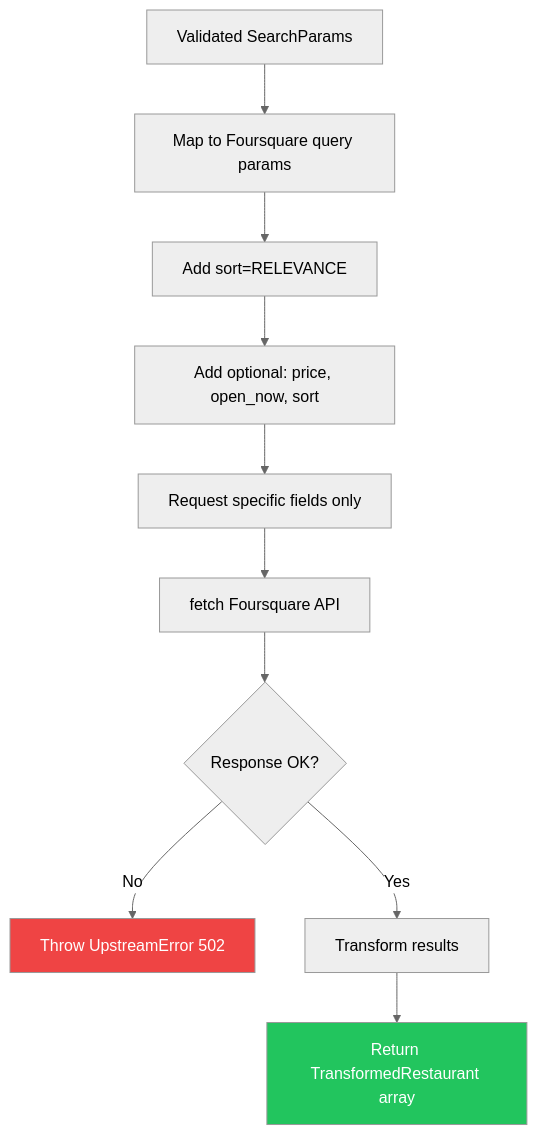
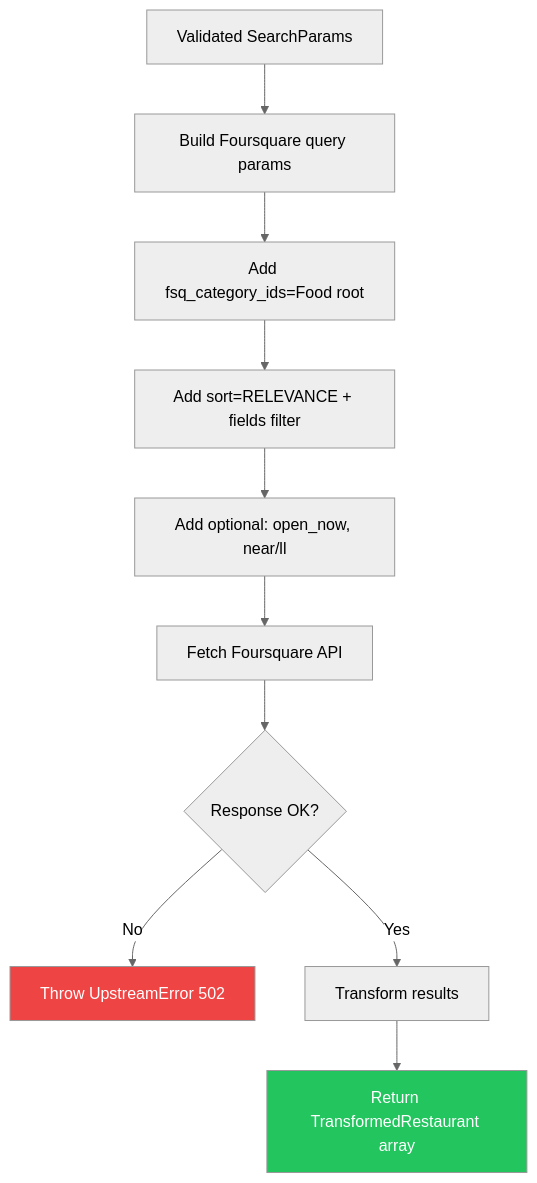
The third of 3 diagrams in _docs/README.md (markaroone/restaurant-finder), drawn with Mermaid (neutral theme) before and after one commit. The commit also changed other lines of this file and 1 other file, not shown here.

````diff
--- a/_docs/README.md
+++ b/_docs/README.md
@@ -164,15 +182,15 @@
 ```mermaid
 flowchart TD
-    A["Validated SearchParams"] --> B["Map to Foursquare query params"]
-    B --> C["Add sort=RELEVANCE"]
-    C --> D["Add optional: price, open_now, sort"]
-    D --> E["Request specific fields only"]
-    E --> F["fetch Foursquare API"]
+    A["Validated SearchParams"] --> B["Build Foursquare query params"]
+    B --> C["Add fsq_category_ids=Food root"]
+    C --> D["Add sort=RELEVANCE + fields filter"]
+    D --> E["Add optional: open_now, near/ll"]
+    E --> F["Fetch Foursquare API"]
     F --> G{Response OK?}
     G -->|No| H["Throw UpstreamError 502"]
     G -->|Yes| I["Transform results"]
     I --> J["Return TransformedRestaurant array"]
 
     style J fill:#22c55e,color:#fff
     style H fill:#ef4444,color:#fff
 ```
````
